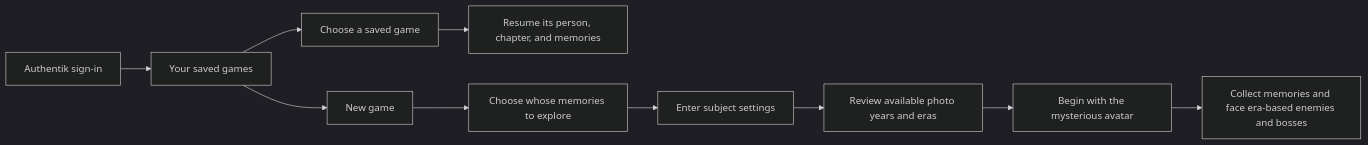
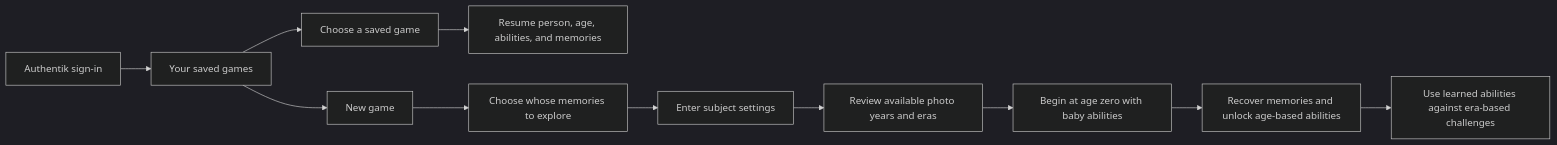
The diagram in docs/prds/001-project-brief.md (thaynes43/haynes-quest), drawn with Mermaid (dark theme) before and after one commit. The commit also changed other lines of this file and 12 other files, not shown here.

Commit message:
docs: define memory-age progression and cumulative abilities

````diff
--- a/docs/prds/001-project-brief.md
+++ b/docs/prds/001-project-brief.md
@@ -54,12 +59,13 @@
 ```mermaid
 flowchart LR
     A[Authentik sign-in] --> B[Your saved games]
     B --> C[Choose a saved game]
-    C --> D[Resume its person, chapter, and memories]
+    C --> D[Resume person, age, abilities, and memories]
     B --> E[New game]
     E --> F[Choose whose memories to explore]
     F --> J[Enter subject settings]
     J --> G[Review available photo years and eras]
-    G --> H[Begin with the mysterious avatar]
-    H --> I[Collect memories and face era-based enemies and bosses]
+    G --> H[Begin at age zero with baby abilities]
+    H --> I[Recover memories and unlock age-based abilities]
+    I --> K[Use learned abilities against era-based challenges]
 ```
````
